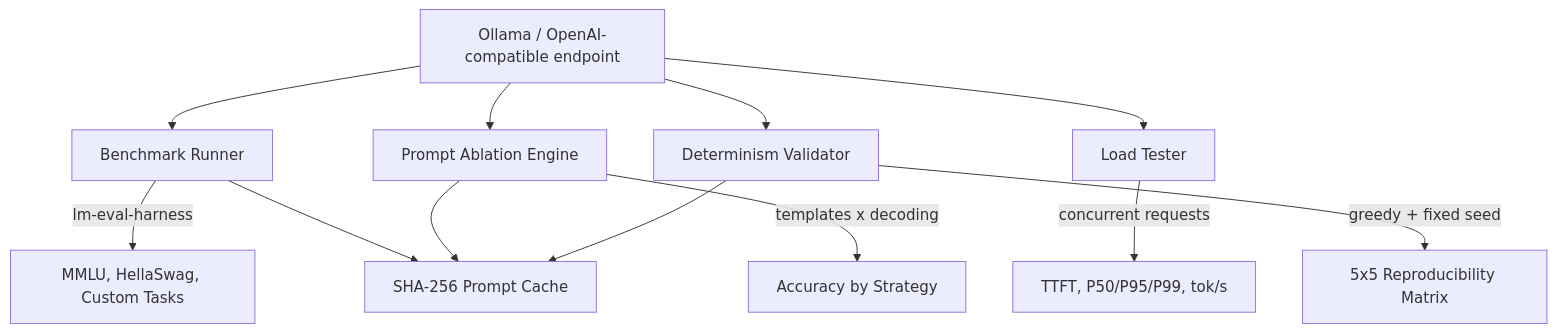
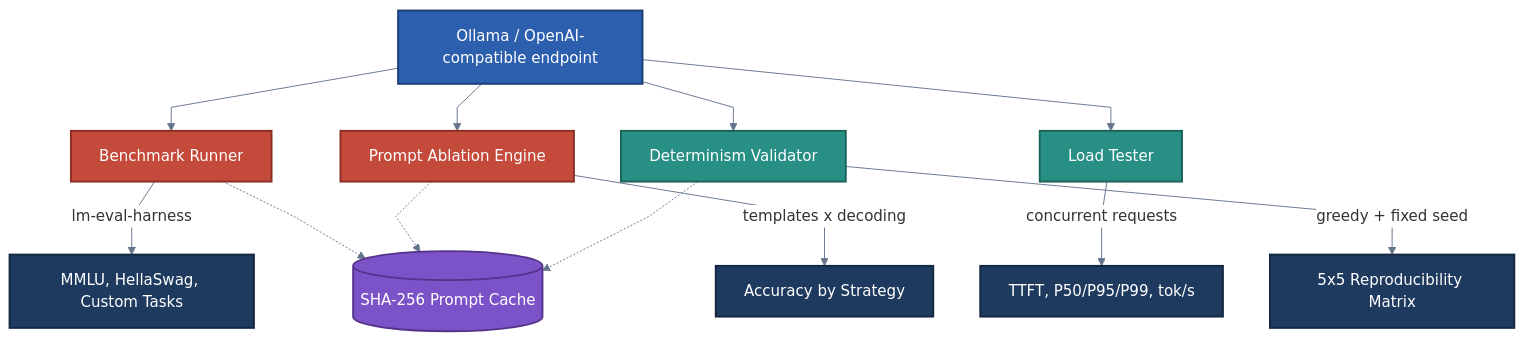
Before and after one commit to jameswniu/self-hosted-llm-evals-lab: the diagram in docs/architecture.md, drawn with Mermaid.

Commit message:
darken architecture.md diagram to match README palette
Add theme:base init, classDef styles with deep navy/terra cotta/teal/
purple/dark-blue fills, dashed cache edges, and linear curves.

````diff
--- a/docs/architecture.md
+++ b/docs/architecture.md
@@ -3,16 +3,23 @@
 ```mermaid
+%%{init: {'theme':'base', 'themeVariables': {'lineColor': '#64748b', 'edgeLabelBackground': '#ffffff', 'clusterBkg': '#ffffff'}, 'flowchart': {'curve': 'linear'}}}%%
 graph TD
-    A[Ollama / OpenAI-compatible endpoint] --> B[Benchmark Runner]
-    A --> C[Prompt Ablation Engine]
-    A --> D[Load Tester]
-    A --> E[Determinism Validator]
+    classDef serving fill:#2D5FAF,stroke:#1A3D7A,color:#ffffff,stroke-width:2px
+    classDef eval fill:#C44B3B,stroke:#8B2E22,color:#ffffff,stroke-width:2px
+    classDef ops fill:#278F84,stroke:#1A6359,color:#ffffff,stroke-width:2px
+    classDef cache fill:#7B52C7,stroke:#53348A,color:#ffffff,stroke-width:2px
+    classDef result fill:#1E3A5F,stroke:#142740,color:#ffffff,stroke-width:2px
 
-    B -->|lm-eval-harness| F[MMLU, HellaSwag, Custom Tasks]
-    C -->|templates x decoding| G[Accuracy by Strategy]
-    D -->|concurrent requests| H[TTFT, P50/P95/P99, tok/s]
-    E -->|greedy + fixed seed| I[5x5 Reproducibility Matrix]
+    A["Ollama / OpenAI-compatible endpoint"]:::serving --> B["Benchmark Runner"]:::eval
+    A --> C["Prompt Ablation Engine"]:::eval
+    A --> D["Load Tester"]:::ops
+    A --> E["Determinism Validator"]:::ops
 
-    B --> J[SHA-256 Prompt Cache]
-    C --> J
-    E --> J
+    B -->|"lm-eval-harness"| F["MMLU, HellaSwag, Custom Tasks"]:::result
+    C -->|"templates x decoding"| G["Accuracy by Strategy"]:::result
+    D -->|"concurrent requests"| H["TTFT, P50/P95/P99, tok/s"]:::result
+    E -->|"greedy + fixed seed"| I["5x5 Reproducibility Matrix"]:::result
+
+    B -.-> J[("SHA-256 Prompt Cache")]:::cache
+    C -.-> J
+    E -.-> J
 ```
````
